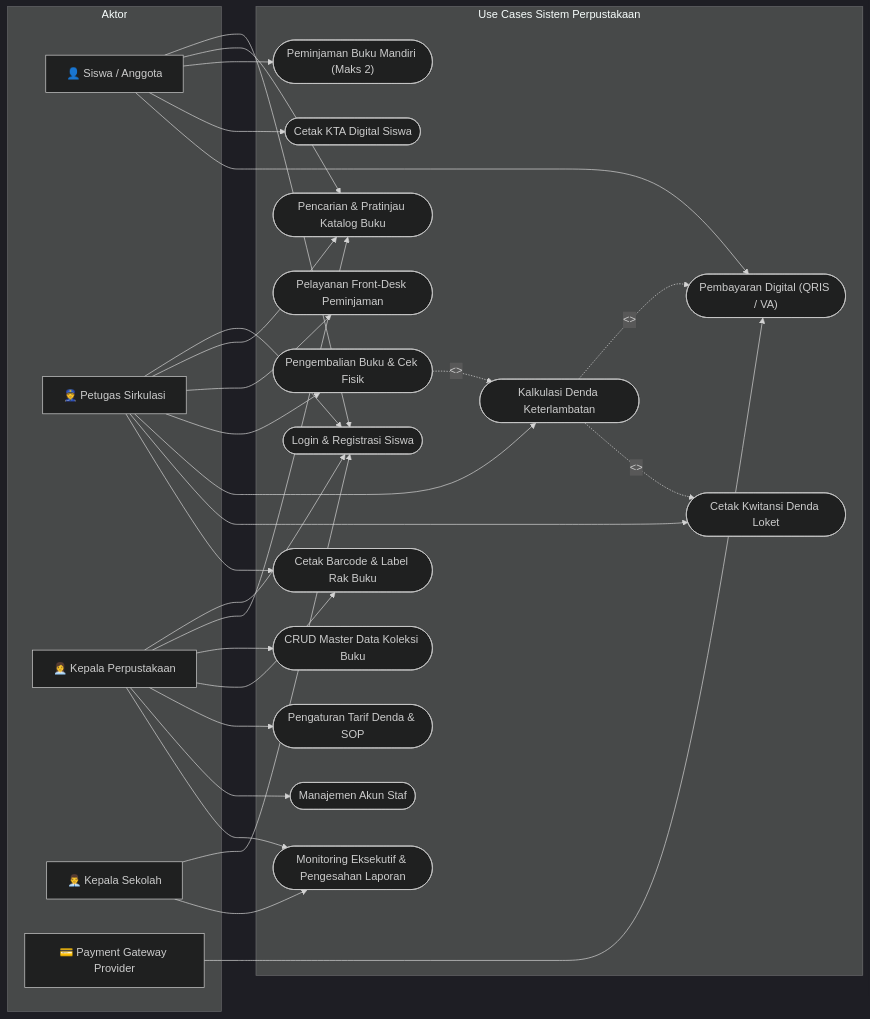
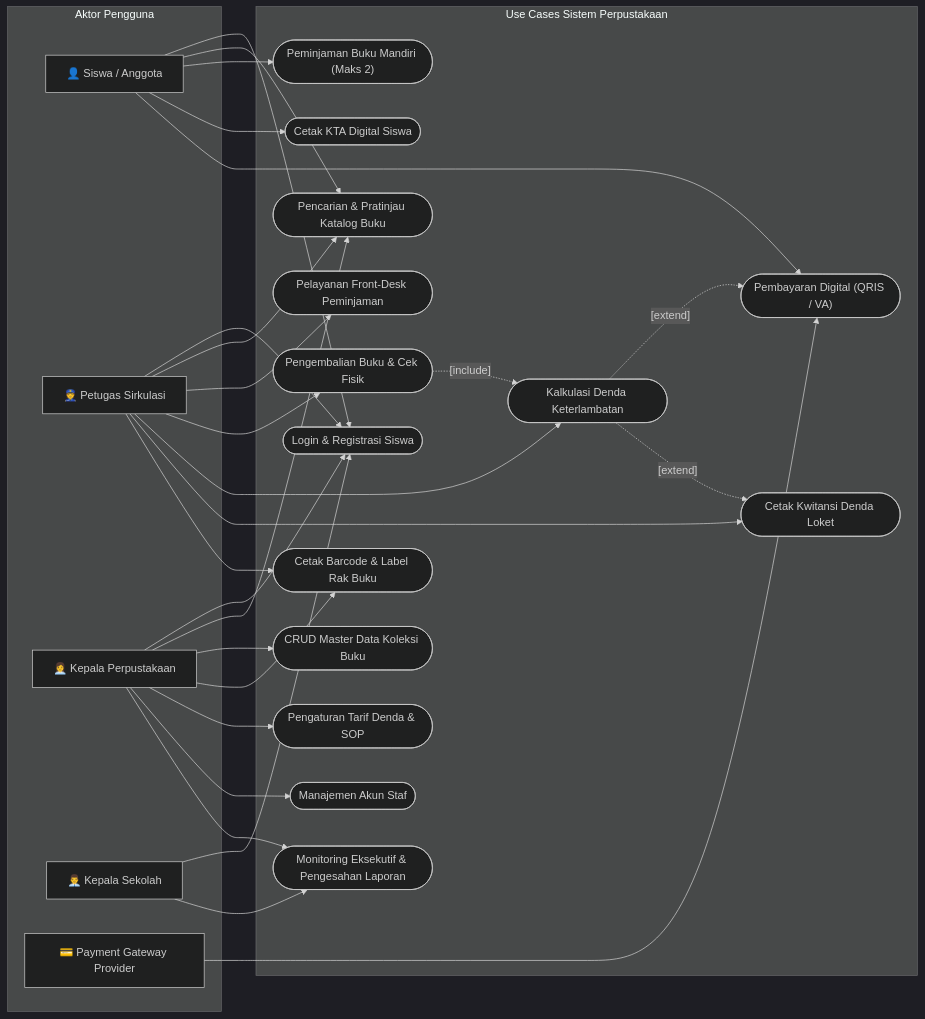
Before and after one commit to fanydarat757-hash/antigrafitytest: the fourth of 17 diagrams in PANDUAN_TEKNIS_DAN_ARSITEKTUR_SKRIPSI.md, drawn with Mermaid (dark theme). The commit also changed other lines of this file, not shown here.

Commit message:
Fix syntax errors in all 17 Mermaid diagrams for GitHub rendering

````diff
--- a/PANDUAN_TEKNIS_DAN_ARSITEKTUR_SKRIPSI.md
+++ b/PANDUAN_TEKNIS_DAN_ARSITEKTUR_SKRIPSI.md
@@ -172,57 +169,57 @@
 ```mermaid
 flowchart LR
-    subgraph Aktor
+    subgraph Aktor ["Aktor Pengguna"]
         A_Siswa["👤 Siswa / Anggota"]
         A_Petugas["👮 Petugas Sirkulasi"]
         A_Admin["👩‍💼 Kepala Perpustakaan"]
         A_Kepsek["👨‍💼 Kepala Sekolah"]
         A_PG["💳 Payment Gateway Provider"]
     end
 
     subgraph Use_Cases ["Use Cases Sistem Perpustakaan"]
         UC1(["Login & Registrasi Siswa"])
         UC2(["Pencarian & Pratinjau Katalog Buku"])
         UC3(["Peminjaman Buku Mandiri (Maks 2)"])
         UC4(["Cetak KTA Digital Siswa"])
         UC5(["Pembayaran Digital (QRIS / VA)"])
         UC6(["Pelayanan Front-Desk Peminjaman"])
         UC7(["Pengembalian Buku & Cek Fisik"])
         UC8(["Kalkulasi Denda Keterlambatan"])
         UC9(["Cetak Kwitansi Denda Loket"])
         UC10(["CRUD Master Data Koleksi Buku"])
         UC11(["Cetak Barcode & Label Rak Buku"])
         UC12(["Pengaturan Tarif Denda & SOP"])
         UC13(["Manajemen Akun Staf"])
         UC14(["Monitoring Eksekutif & Pengesahan Laporan"])
     end
 
     A_Siswa --> UC1
     A_Siswa --> UC2
     A_Siswa --> UC3
     A_Siswa --> UC4
     A_Siswa --> UC5
 
     A_Petugas --> UC1
     A_Petugas --> UC2
     A_Petugas --> UC6
     A_Petugas --> UC7
     A_Petugas --> UC8
     A_Petugas --> UC9
     A_Petugas --> UC11
 
     A_Admin --> UC1
     A_Admin --> UC2
     A_Admin --> UC10
     A_Admin --> UC11
     A_Admin --> UC12
     A_Admin --> UC13
     A_Admin --> UC14
 
     A_Kepsek --> UC1
     A_Kepsek --> UC14
 
-    UC7 -.->|"<<include>>"| UC8
-    UC8 -.->|"<<extend>>"| UC5
-    UC8 -.->|"<<extend>>"| UC9
+    UC7 -.->|"[include]"| UC8
+    UC8 -.->|"[extend]"| UC5
+    UC8 -.->|"[extend]"| UC9
     A_PG --> UC5
 ```
````
